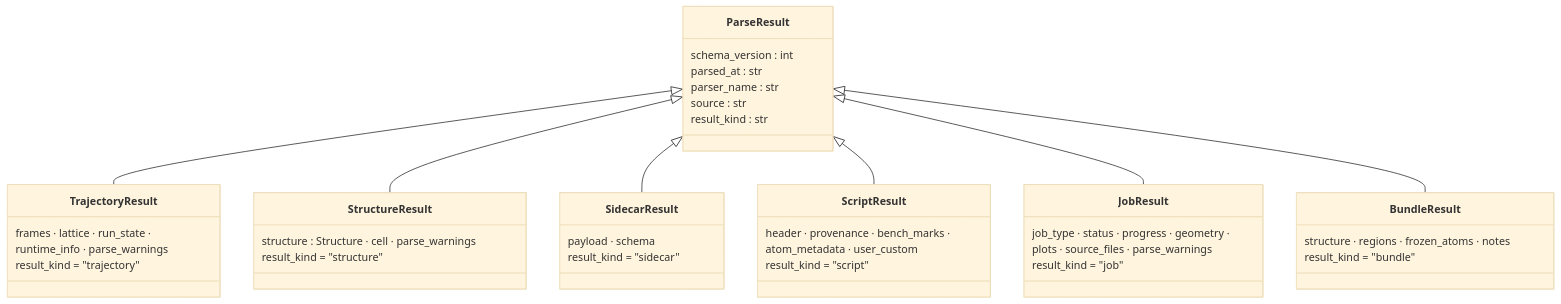
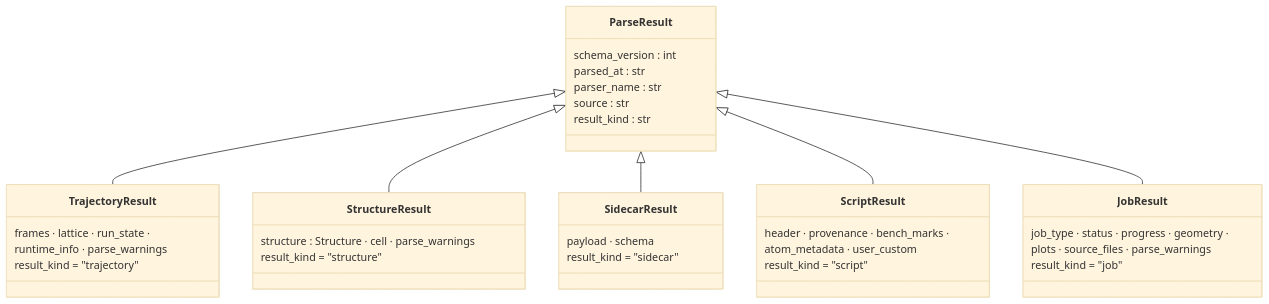
Before and after one commit to Qing-LAB/molbuilder: the first of 2 diagrams in docs/model/parse.md, drawn with Mermaid (base theme). The commit also changed other lines of this file and 3 other files, not shown here.

````diff
--- a/docs/model/parse.md
+++ b/docs/model/parse.md
@@ -52,43 +53,38 @@
 ```mermaid
 classDiagram
     class ParseResult {
         schema_version : int
         parsed_at : str
         parser_name : str
         source : str
         result_kind : str
     }
     class TrajectoryResult {
         frames · lattice · run_state ·
         runtime_info · parse_warnings
         result_kind = "trajectory"
     }
     class StructureResult {
         structure : Structure · cell · parse_warnings
         result_kind = "structure"
     }
     class SidecarResult {
         payload · schema
         result_kind = "sidecar"
     }
     class ScriptResult {
         header · provenance · bench_marks ·
         atom_metadata · user_custom
         result_kind = "script"
     }
     class JobResult {
         job_type · status · progress · geometry ·
         plots · source_files · parse_warnings
         result_kind = "job"
     }
-    class BundleResult {
-        structure · regions · frozen_atoms · notes
-        result_kind = "bundle"
-    }
     ParseResult <|-- TrajectoryResult
     ParseResult <|-- StructureResult
     ParseResult <|-- SidecarResult
     ParseResult <|-- ScriptResult
     ParseResult <|-- JobResult
-    ParseResult <|-- BundleResult
 ```
````
